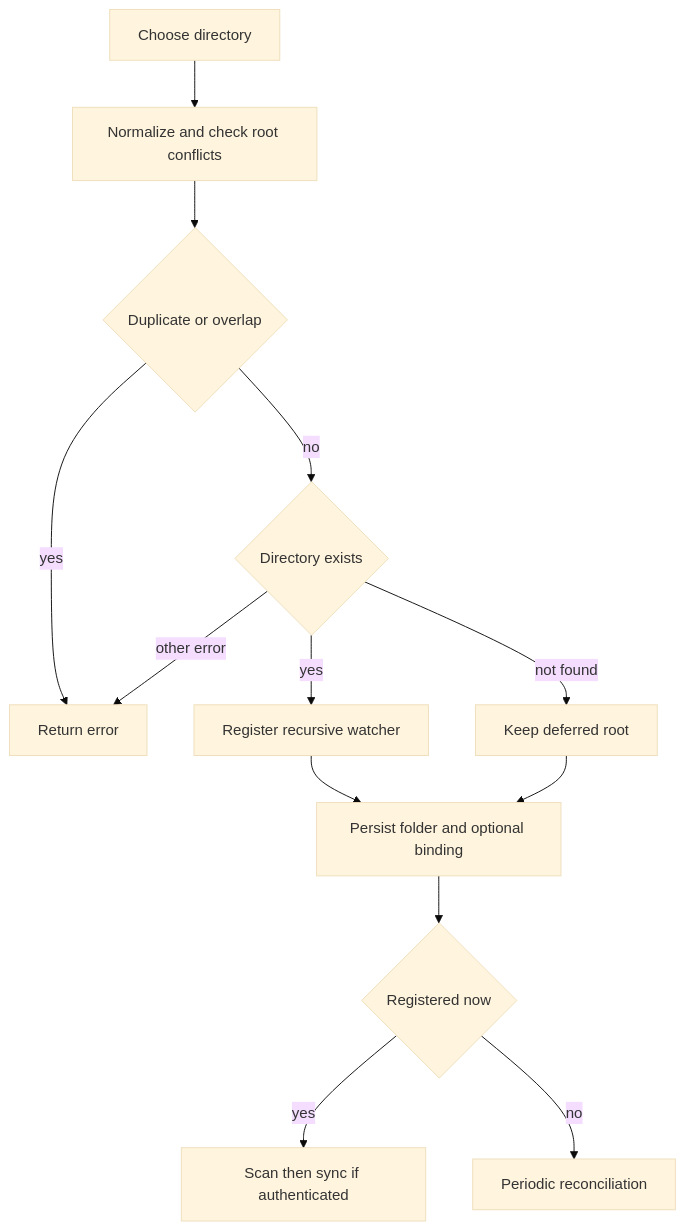
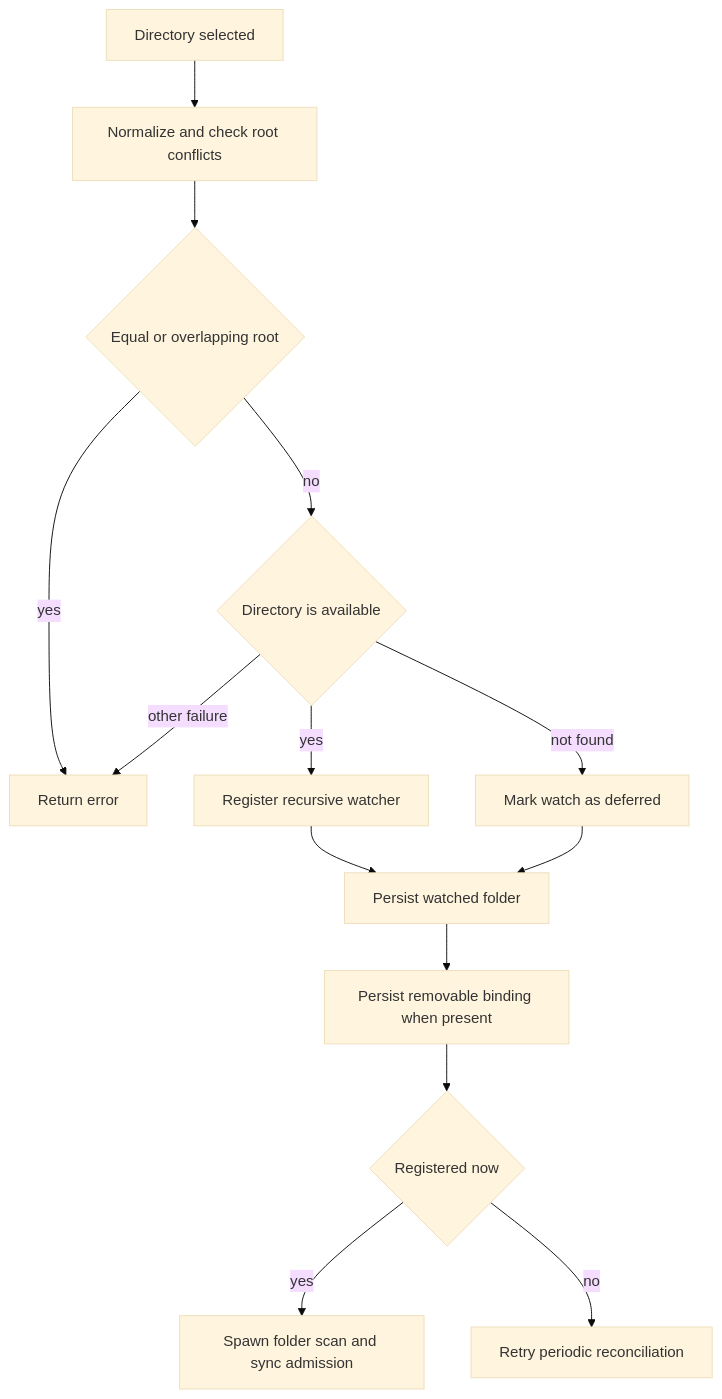
Before and after one commit to xXRoxXeRXx/lymic: the first of 3 diagrams in openwiki/workflows/watched-folders.md, drawn with Mermaid (base theme). The commit also changed other lines of this file and 22 other files, not shown here.

````diff
--- a/openwiki/workflows/watched-folders.md
+++ b/openwiki/workflows/watched-folders.md
@@ -58,15 +63,16 @@
 ```mermaid
 flowchart TD
-    Pick["Choose directory"] --> Check["Normalize and check root conflicts"]
-    Check --> Conflict{"Duplicate or overlap"}
+    Select["Directory selected"] --> Validate["Normalize and check root conflicts"]
+    Validate --> Conflict{"Equal or overlapping root"}
     Conflict -->|yes| Reject["Return error"]
-    Conflict -->|no| Available{"Directory exists"}
-    Available -->|yes| Register["Register recursive watcher"]
-    Available -->|not found| Deferred["Keep deferred root"]
-    Available -->|other error| Reject
-    Register --> Persist["Persist folder and optional binding"]
+    Conflict -->|no| Available{"Directory is available"}
+    Available -->|yes| Watch["Register recursive watcher"]
+    Available -->|not found| Deferred["Mark watch as deferred"]
+    Available -->|other failure| Reject
+    Watch --> Persist["Persist watched folder"]
     Deferred --> Persist
-    Persist --> Active{"Registered now"}
-    Active -->|yes| Scan["Scan then sync if authenticated"]
-    Active -->|no| Retry["Periodic reconciliation"]
+    Persist --> Bind["Persist removable binding when present"]
+    Bind --> Active{"Registered now"}
+    Active -->|yes| InitialScan["Spawn folder scan and sync admission"]
+    Active -->|no| Reconcile["Retry periodic reconciliation"]
 ```
````
